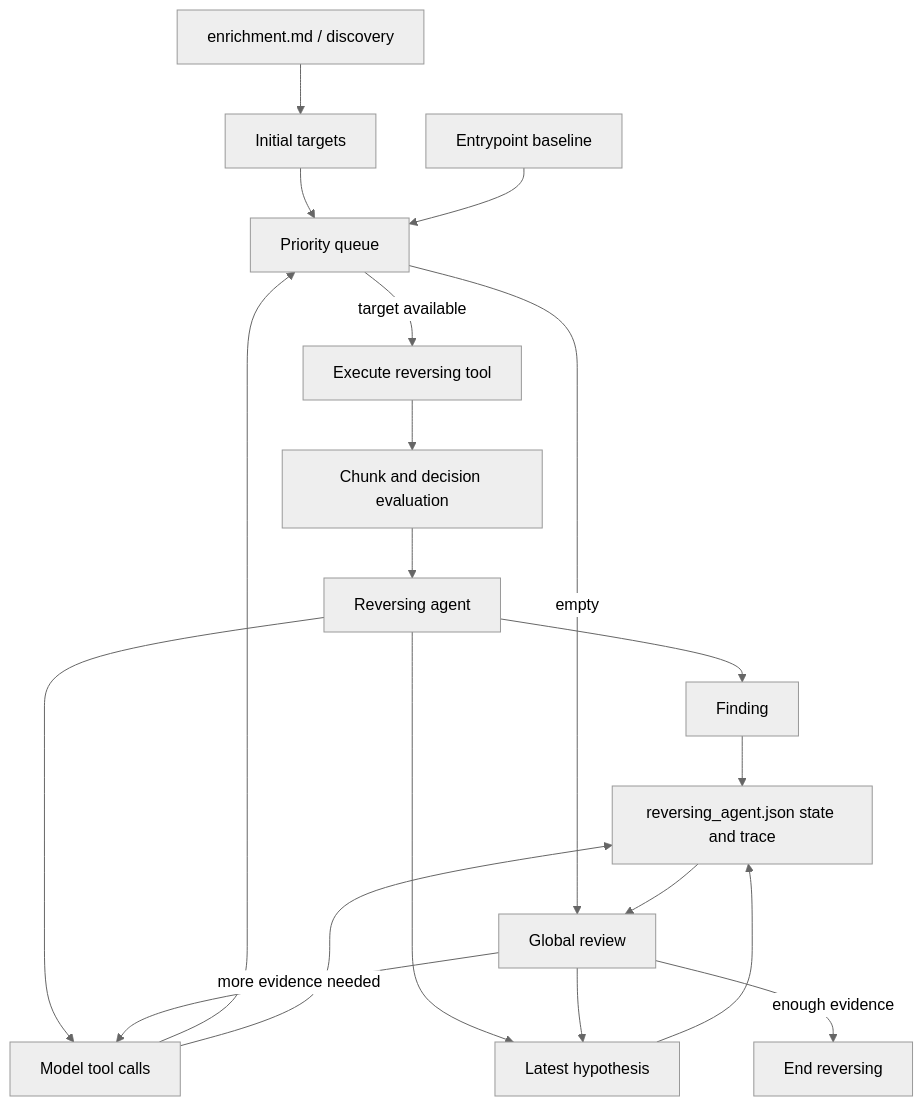
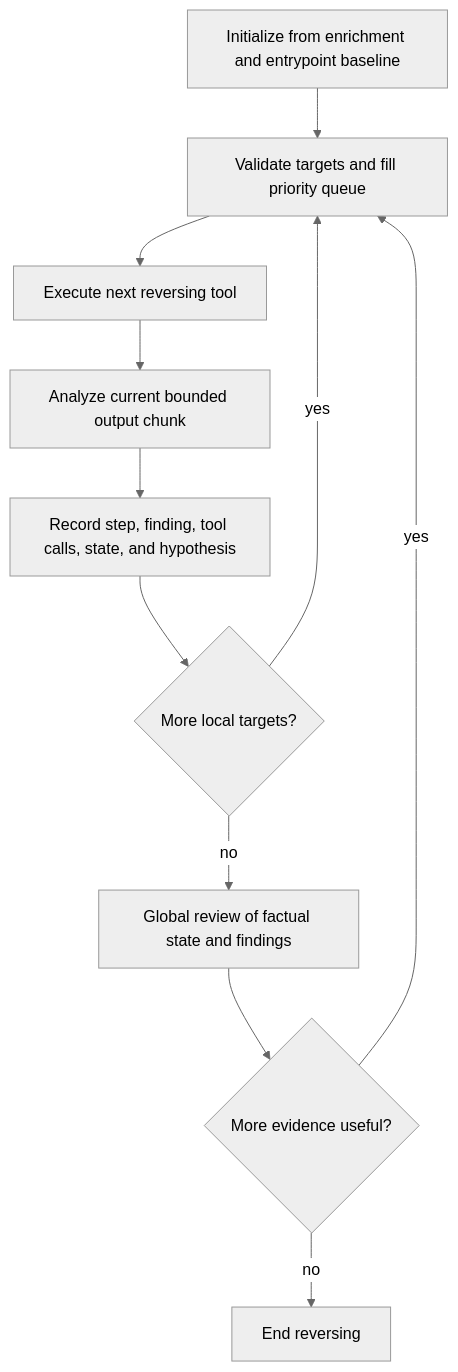
Before and after one commit to pablo-972/AIM: the diagram in docs/ai/reversing-agent.md, drawn with Mermaid (neutral theme).

````diff
--- a/docs/ai/reversing-agent.md
+++ b/docs/ai/reversing-agent.md
@@ -46,21 +46,23 @@
 ```mermaid
 flowchart TD
-    Context[enrichment.md / discovery] --> Seed[Initial targets]
-    Seed --> Queue[Priority queue]
-    Entry[Entrypoint baseline] --> Queue
-    Queue -->|target available| Tool[Execute reversing tool]
-    Tool --> Decision[Chunk and decision evaluation]
-    Decision --> Agent[Reversing agent]
-    Agent --> Finding[Finding]
-    Agent --> Hypothesis[Latest hypothesis]
-    Agent --> ToolCalls[Model tool calls]
-    ToolCalls --> Queue
-    ToolCalls --> Memory
-    Finding --> Memory[reversing_agent.json state and trace]
-    Hypothesis --> Memory
-    Queue -->|empty| Review[Global review]
-    Memory --> Review
-    Review -->|more evidence needed| ToolCalls
-    Review --> Hypothesis
-    Review -->|enough evidence| End[End reversing]
+    Start[Initialize from enrichment and entrypoint baseline]
+    Queue[Validate targets and fill priority queue]
+    Execute[Execute next reversing tool]
+    Analyze[Analyze current bounded output chunk]
+    Persist[Record step, finding, tool calls, state, and hypothesis]
+    Continue{More local targets?}
+    Review[Global review of factual state and findings]
+    Improve{More evidence useful?}
+    End[End reversing]
+
+    Start --> Queue
+    Queue --> Execute
+    Execute --> Analyze
+    Analyze --> Persist
+    Persist --> Continue
+    Continue -->|yes| Queue
+    Continue -->|no| Review
+    Review --> Improve
+    Improve -->|yes| Queue
+    Improve -->|no| End
 ```
````
